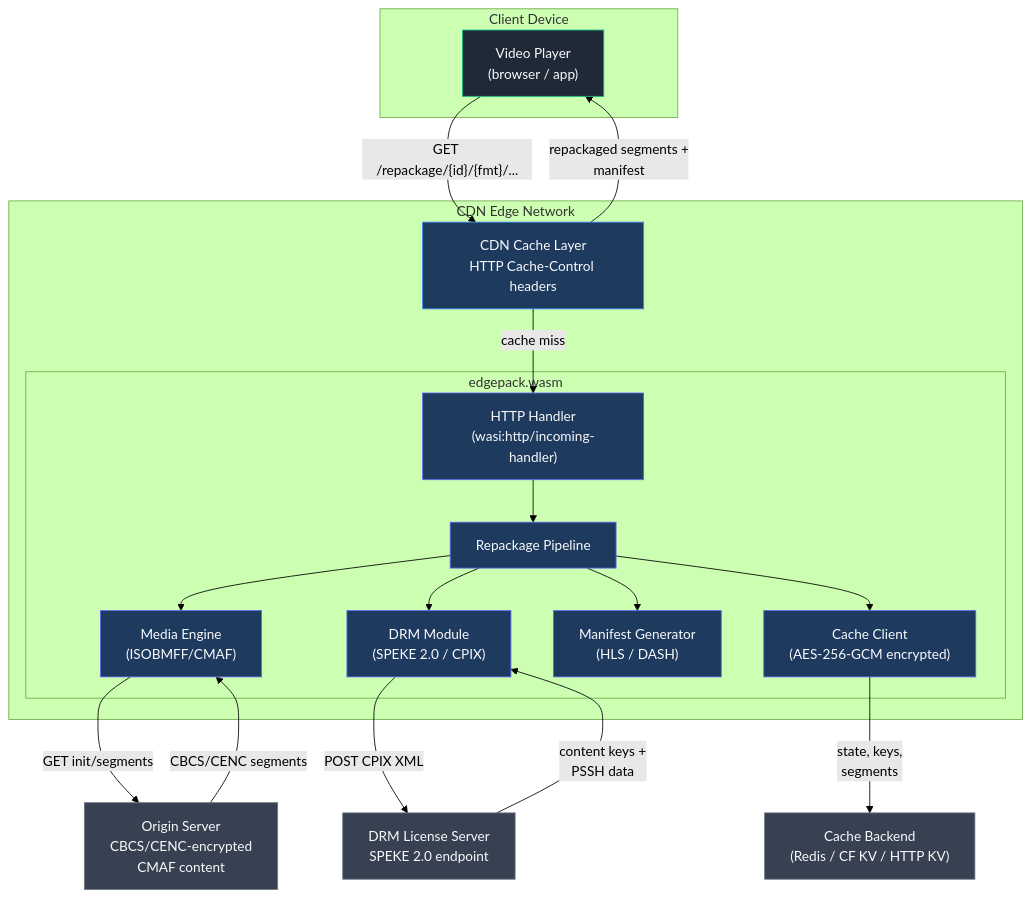
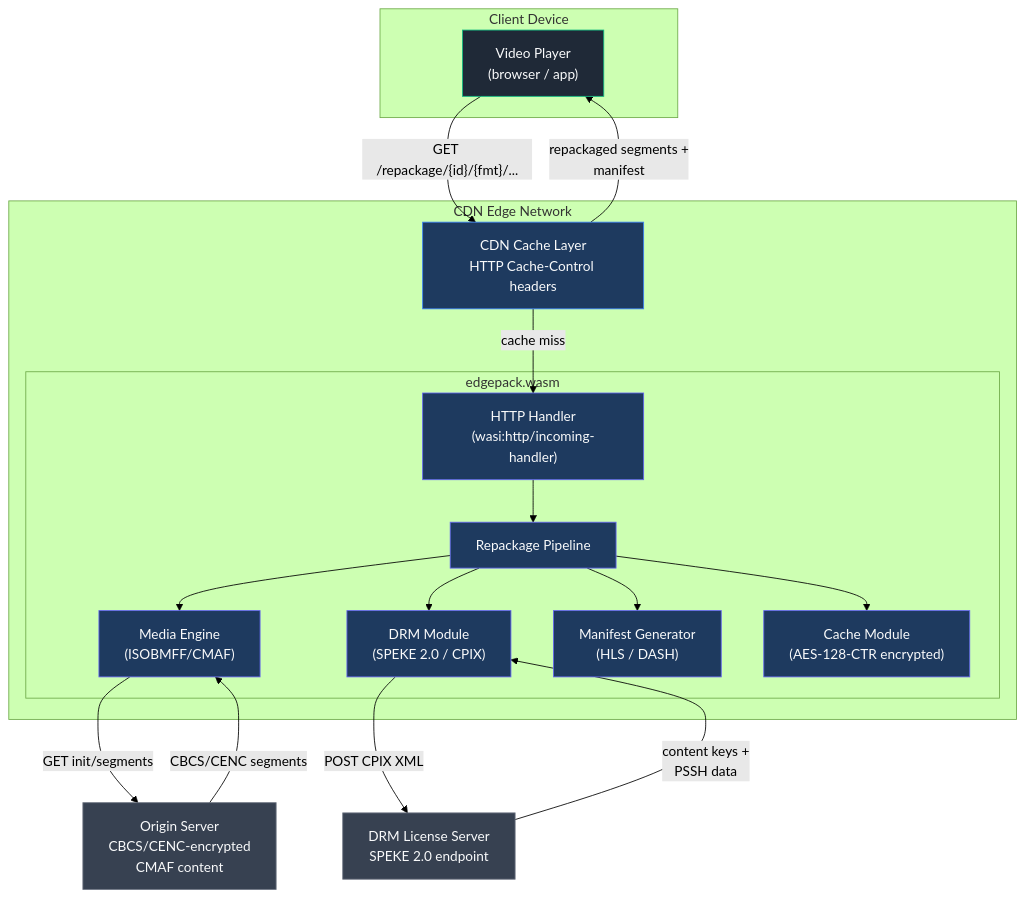
The first of 11 diagrams in docs/architecture.md (adrums86/edgepack), drawn with Mermaid (forest theme) before and after one commit. The commit also changed other lines of this file and 37 other files, not shown here.

````diff
--- a/docs/architecture.md
+++ b/docs/architecture.md
@@ -11,46 +11,44 @@
 ```mermaid
 graph TB
     subgraph Client["Client Device"]
         Player["Video Player<br/>(browser / app)"]
     end
 
     subgraph CDN["CDN Edge Network"]
         Cache["CDN Cache Layer<br/>HTTP Cache-Control headers"]
         subgraph WASM["edgepack.wasm"]
             Handler["HTTP Handler<br/>(wasi:http/incoming-handler)"]
             Pipeline["Repackage Pipeline"]
             MediaEngine["Media Engine<br/>(ISOBMFF/CMAF)"]
             DRM["DRM Module<br/>(SPEKE 2.0 / CPIX)"]
             ManifestGen["Manifest Generator<br/>(HLS / DASH)"]
-            CacheMod["Cache Client<br/>(AES-256-GCM encrypted)"]
+            CacheMod["Cache Module<br/>(AES-128-CTR encrypted)"]
         end
     end
 
     Origin["Origin Server<br/>CBCS/CENC-encrypted<br/>CMAF content"]
     LicenseServer["DRM License Server<br/>SPEKE 2.0 endpoint"]
-    Redis["Cache Backend<br/>(Redis / CF KV / HTTP KV)"]
 
     Player -- "GET /repackage/{id}/{fmt}/..." --> Cache
     Cache -- "cache miss" --> Handler
     Handler --> Pipeline
     Pipeline --> MediaEngine
     Pipeline --> DRM
     Pipeline --> ManifestGen
     Pipeline --> CacheMod
-    CacheMod -- "state, keys,<br/>segments" --> Redis
     DRM -- "POST CPIX XML" --> LicenseServer
     LicenseServer -- "content keys +<br/>PSSH data" --> DRM
     MediaEngine -- "GET init/segments" --> Origin
     Origin -- "CBCS/CENC segments" --> MediaEngine
     Cache -- "repackaged segments +<br/>manifest" --> Player
 
     classDef external fill:#374151,stroke:#6B7280,color:#F9FAFB
     classDef cdn fill:#1E3A5F,stroke:#3B82F6,color:#F9FAFB
     classDef wasm fill:#1E3A5F,stroke:#6366F1,color:#F9FAFB
     classDef client fill:#1F2937,stroke:#10B981,color:#F9FAFB
 
     class Player client
     class Cache cdn
     class Handler,Pipeline,MediaEngine,DRM,ManifestGen,CacheMod wasm
-    class Origin,LicenseServer,Redis external
+    class Origin,LicenseServer external
 ```
````
